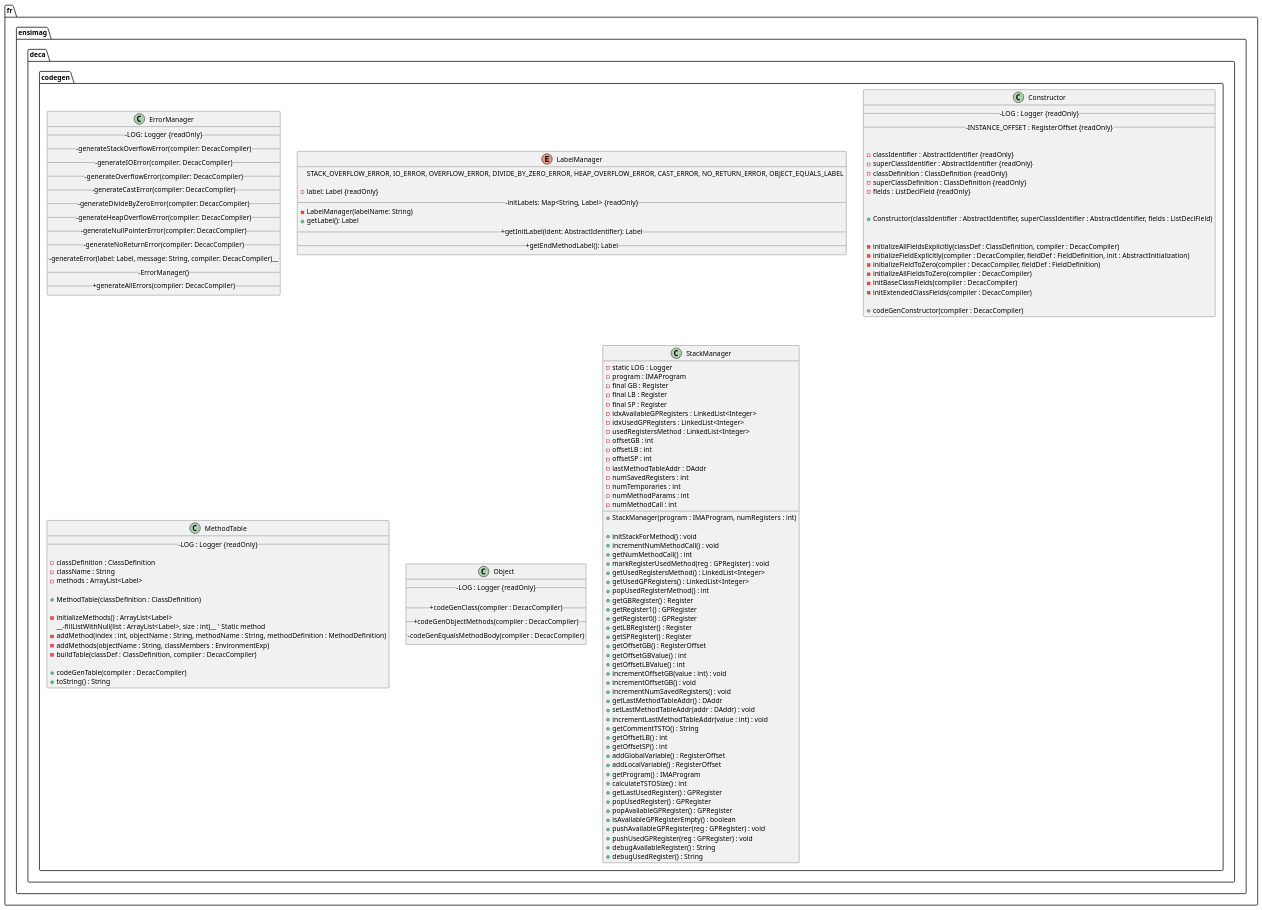
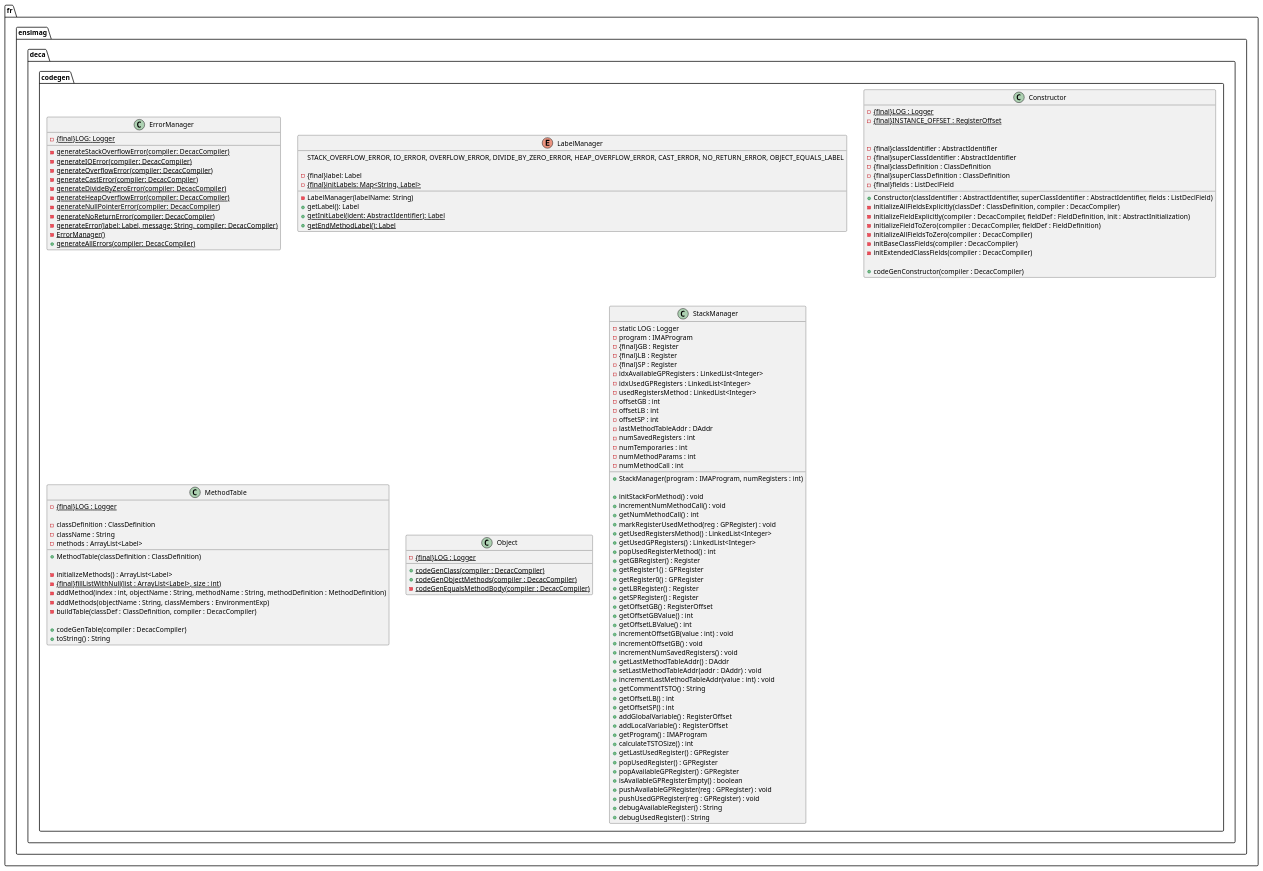
The diagram in src/main/java/fr/ensimag/deca/codegen/uml_diagram_codegen.puml (baptleduc/decac_compiler), drawn with PlantUML before and after one commit.

Commit message:
fix: fix puml for doc

```diff
--- a/src/main/java/fr/ensimag/deca/codegen/uml_diagram_codegen.puml
+++ b/src/main/java/fr/ensimag/deca/codegen/uml_diagram_codegen.puml
@@ -1,140 +1,140 @@
 @startuml
 
 package fr.ensimag.deca.codegen{
     class ErrorManager {
-        __-LOG: Logger {readOnly}__
-        __-generateStackOverflowError(compiler: DecacCompiler)__
-        __-generateIOError(compiler: DecacCompiler)__
-        __-generateOverflowError(compiler: DecacCompiler)__
-        __-generateCastError(compiler: DecacCompiler)__
-        __-generateDivideByZeroError(compiler: DecacCompiler)__
-        __-generateHeapOverflowError(compiler: DecacCompiler)__
-        __-generateNullPointerError(compiler: DecacCompiler)__
-        __-generateNoReturnError(compiler: DecacCompiler)__
-        __-generateError(label: Label, message: String, compiler: DecacCompiler)____
-        __-ErrorManager()__
-        __+generateAllErrors(compiler: DecacCompiler)__
+        -{static}{final}LOG: Logger 
+        -{static}generateStackOverflowError(compiler: DecacCompiler)
+        -{static}generateIOError(compiler: DecacCompiler)
+        -{static}generateOverflowError(compiler: DecacCompiler)
+        -{static}generateCastError(compiler: DecacCompiler)
+        -{static}generateDivideByZeroError(compiler: DecacCompiler)
+        -{static}generateHeapOverflowError(compiler: DecacCompiler)
+        -{static}generateNullPointerError(compiler: DecacCompiler)
+        -{static}generateNoReturnError(compiler: DecacCompiler)
+        -{static}generateError(label: Label, message: String, compiler: DecacCompiler)
+        -{static}ErrorManager()
+        +{static}generateAllErrors(compiler: DecacCompiler)
     }
 
     enum LabelManager{
         STACK_OVERFLOW_ERROR, IO_ERROR, OVERFLOW_ERROR, DIVIDE_BY_ZERO_ERROR, HEAP_OVERFLOW_ERROR, CAST_ERROR, NO_RETURN_ERROR, OBJECT_EQUALS_LABEL
 
-        -label: Label {readOnly}
-        __-initLabels: Map<String, Label> {readOnly}__
+        -{final}label: Label 
+        -{static}{final}initLabels: Map<String, Label> 
         -LabelManager(labelName: String)
         +getLabel(): Label
-        __+getInitLabel(ident: AbstractIdentifier): Label__
-        __+getEndMethodLabel(): Label__
+        +{static}getInitLabel(ident: AbstractIdentifier): Label
+        +{static}getEndMethodLabel(): Label
     }
 
     class Constructor {
-    __-LOG : Logger {readOnly}__
-    __-INSTANCE_OFFSET : RegisterOffset {readOnly}__
+    -{static}{final}LOG : Logger 
+    -{static}{final}INSTANCE_OFFSET : RegisterOffset 
 
 
-    -classIdentifier : AbstractIdentifier {readOnly}
-    -superClassIdentifier : AbstractIdentifier {readOnly}
-    -classDefinition : ClassDefinition {readOnly}
-    -superClassDefinition : ClassDefinition {readOnly}
-    -fields : ListDeclField {readOnly}
+    -{final}classIdentifier : AbstractIdentifier 
+    -{final}superClassIdentifier : AbstractIdentifier 
+    -{final}classDefinition : ClassDefinition 
+    -{final}superClassDefinition : ClassDefinition 
+    -{final}fields : ListDeclField 
 
 
     +Constructor(classIdentifier : AbstractIdentifier, superClassIdentifier : AbstractIdentifier, fields : ListDeclField)
 
 
     -initializeAllFieldsExplicitly(classDef : ClassDefinition, compiler : DecacCompiler)
     -initializeFieldExplicitly(compiler : DecacCompiler, fieldDef : FieldDefinition, init : AbstractInitialization)
     -initializeFieldToZero(compiler : DecacCompiler, fieldDef : FieldDefinition)
     -initializeAllFieldsToZero(compiler : DecacCompiler)
     -initBaseClassFields(compiler : DecacCompiler)
     -initExtendedClassFields(compiler : DecacCompiler)
 
     +codeGenConstructor(compiler : DecacCompiler)
     }
 
     class MethodTable {
-    __-LOG : Logger {readOnly}__
+    -{static}{final}LOG : Logger 
 
     -classDefinition : ClassDefinition
     -className : String
     -methods : ArrayList<Label>
 
     +MethodTable(classDefinition : ClassDefinition)
 
     -initializeMethods() : ArrayList<Label>
-    __-fillListWithNull(list : ArrayList<Label>, size : int)__ ' Static method
+    -{static}{final}fillListWithNull(list : ArrayList<Label>, size : int)
     -addMethod(index : int, objectName : String, methodName : String, methodDefinition : MethodDefinition)
     -addMethods(objectName : String, classMembers : EnvironmentExp)
     -buildTable(classDef : ClassDefinition, compiler : DecacCompiler)
 
     +codeGenTable(compiler : DecacCompiler)
     +toString() : String
     }
 
     class Object {
-    __-LOG : Logger {readOnly}__
+    -{static}{final}LOG : Logger 
 
-    __+codeGenClass(compiler : DecacCompiler)__
-    __+codeGenObjectMethods(compiler : DecacCompiler)__
-    __-codeGenEqualsMethodBody(compiler : DecacCompiler)__
+    +{static}codeGenClass(compiler : DecacCompiler)
+    +{static}codeGenObjectMethods(compiler : DecacCompiler)
+    -{static}codeGenEqualsMethodBody(compiler : DecacCompiler)
     }
 
     class StackManager {
         - static LOG : Logger
         - program : IMAProgram
-        - final GB : Register
-        - final LB : Register
-        - final SP : Register
+        - {final}GB : Register
+        - {final}LB : Register
+        - {final}SP : Register
         - idxAvailableGPRegisters : LinkedList<Integer>
         - idxUsedGPRegisters : LinkedList<Integer>
         - usedRegistersMethod : LinkedList<Integer>
         - offsetGB : int
         - offsetLB : int
         - offsetSP : int
         - lastMethodTableAddr : DAddr
         - numSavedRegisters : int
         - numTemporaries : int
         - numMethodParams : int
         - numMethodCall : int
 
         + StackManager(program : IMAProgram, numRegisters : int)
 
         + initStackForMethod() : void
         + incrementNumMethodCall() : void
         + getNumMethodCall() : int
         + markRegisterUsedMethod(reg : GPRegister) : void
         + getUsedRegistersMethod() : LinkedList<Integer>
         + getUsedGPRegisters() : LinkedList<Integer>
         + popUsedRegisterMethod() : int
         + getGBRegister() : Register
         + getRegister1() : GPRegister
         + getRegister0() : GPRegister
         + getLBRegister() : Register
         + getSPRegister() : Register
         + getOffsetGB() : RegisterOffset
         + getOffsetGBValue() : int
         + getOffsetLBValue() : int
         + incrementOffsetGB(value : int) : void
         + incrementOffsetGB() : void
         + incrementNumSavedRegisters() : void
         + getLastMethodTableAddr() : DAddr
         + setLastMethodTableAddr(addr : DAddr) : void
         + incrementLastMethodTableAddr(value : int) : void
         + getCommentTSTO() : String
         + getOffsetLB() : int
         + getOffsetSP() : int
         + addGlobalVariable() : RegisterOffset
         + addLocalVariable() : RegisterOffset
         + getProgram() : IMAProgram
         + calculateTSTOSize() : int
         + getLastUsedRegister() : GPRegister
         + popUsedRegister() : GPRegister
         + popAvailableGPRegister() : GPRegister
         + isAvailableGPRegisterEmpty() : boolean
         + pushAvailableGPRegister(reg : GPRegister) : void
         + pushUsedGPRegister(reg : GPRegister) : void
         + debugAvailableRegister() : String
         + debugUsedRegister() : String
     }
 }
 @enduml
```
